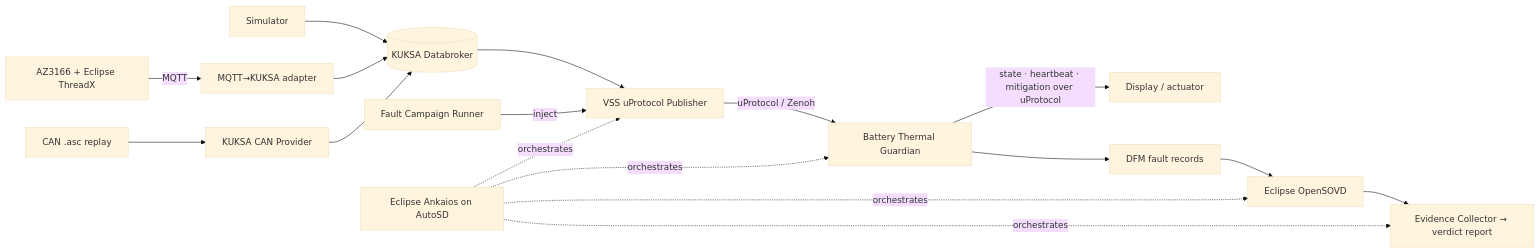
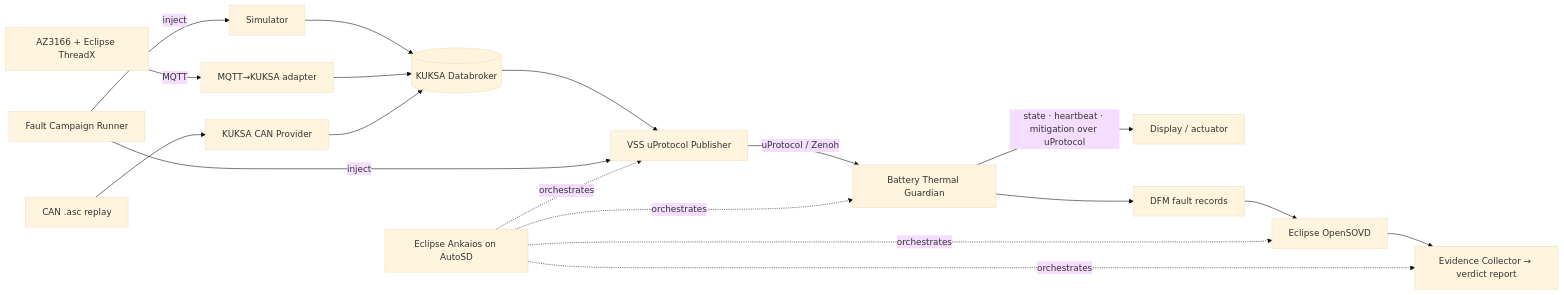
The diagram in README.md (Eclipse-SDV-Hackathon-Chapter-Four/RoM), drawn with Mermaid (base theme) before and after one commit. The commit also changed other lines of this file and 6 other files, not shown here.

````diff
--- a/README.md
+++ b/README.md
@@ -203,16 +233,17 @@
 ```mermaid
 flowchart LR
   HW[AZ3166 + Eclipse ThreadX] -->|MQTT| AD[MQTT→KUKSA adapter]
   ASC[CAN .asc replay] --> CANP[KUKSA CAN Provider]
   SIM[Simulator] --> KDB
   AD --> KDB[(KUKSA Databroker)]
   CANP --> KDB
   KDB --> PUB[VSS uProtocol Publisher]
   FI[Fault Campaign Runner] -->|inject| PUB
+  FI -->|inject| SIM
   PUB -->|uProtocol / Zenoh| G[Battery Thermal Guardian]
   G -->|state · heartbeat · mitigation over uProtocol| DISP[Display / actuator]
   G --> DFM[DFM fault records]
   DFM --> SOVD[Eclipse OpenSOVD]
   SOVD --> EV[Evidence Collector → verdict report]
   ANK[Eclipse Ankaios on AutoSD] -. orchestrates .-> PUB & G & SOVD & EV
 ```
````
